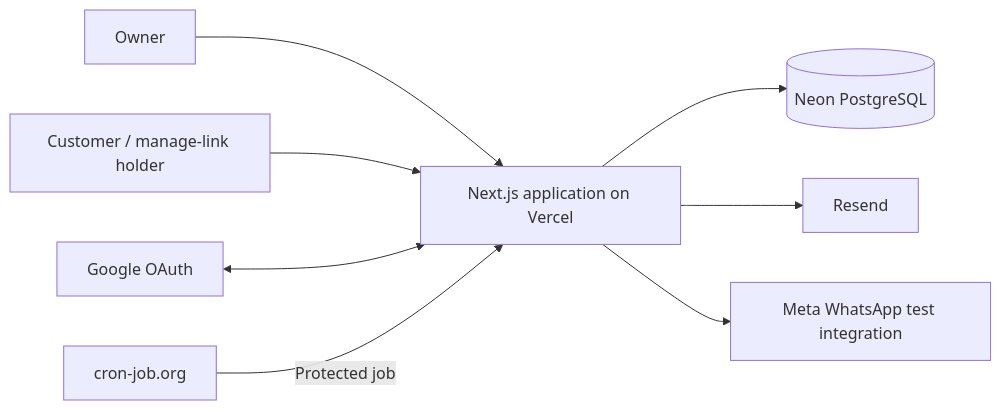
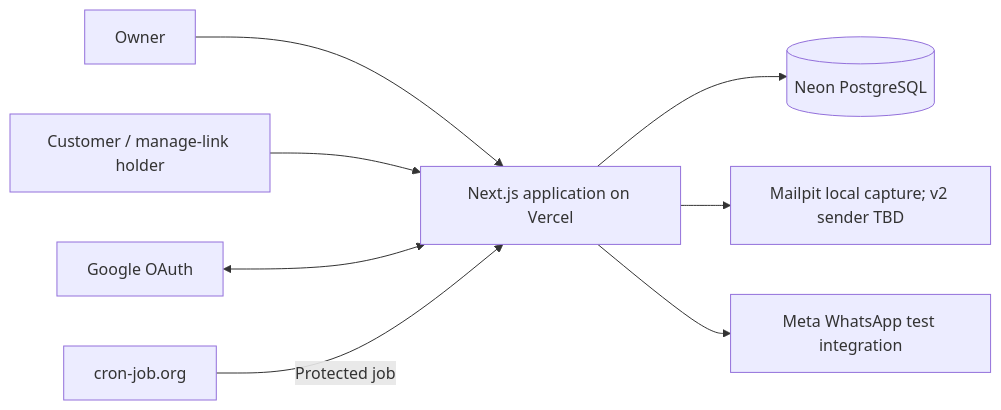
The diagram in docs/ARCHITECTURE.md (darkside1337/trimtime), drawn with Mermaid before and after one commit. The commit also changed other lines of this file and 6 other files, not shown here.

````diff
--- a/docs/ARCHITECTURE.md
+++ b/docs/ARCHITECTURE.md
@@ -24,10 +24,10 @@
 ```mermaid
 flowchart LR
     Owner[Owner] --> App[Next.js application on Vercel]
     Customer[Customer / manage-link holder] --> App
     Google[Google OAuth] <--> App
     Cron[cron-job.org] -->|Protected job| App
     App --> DB[(Neon PostgreSQL)]
-    App --> Email[Resend]
+    App --> Email[Mailpit local capture; v2 sender TBD]
     App --> WhatsApp[Meta WhatsApp test integration]
 ```
````
